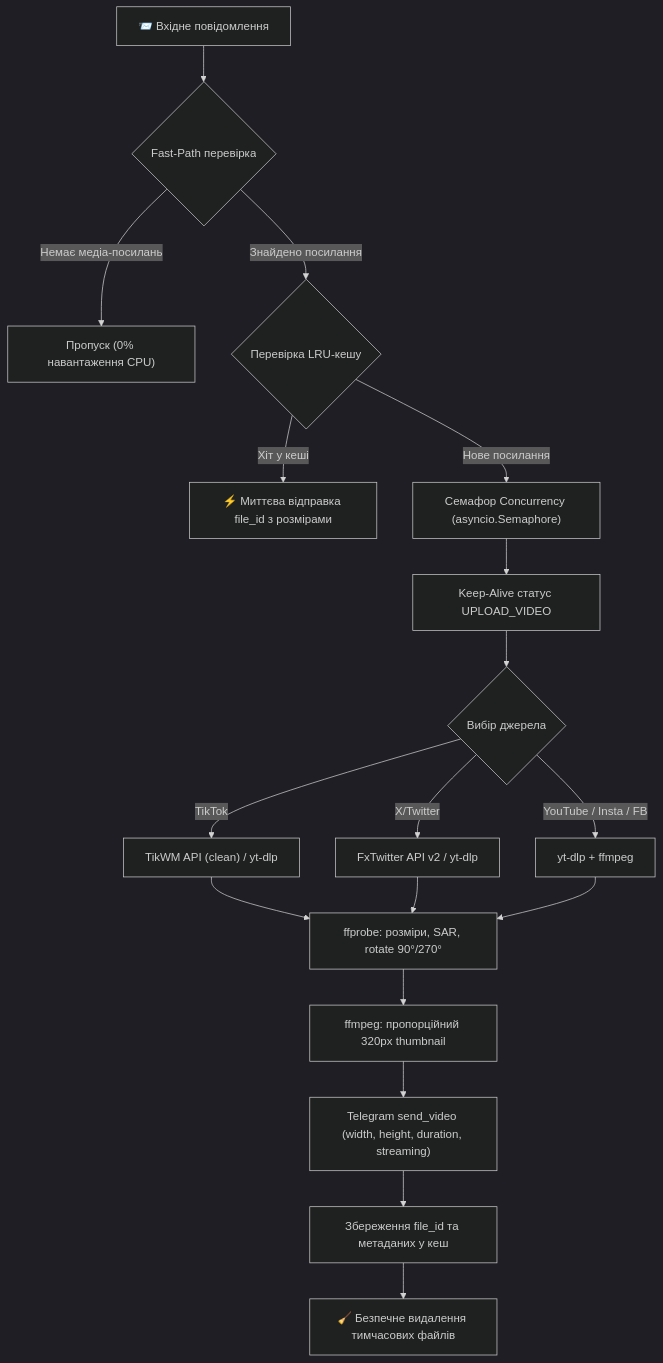
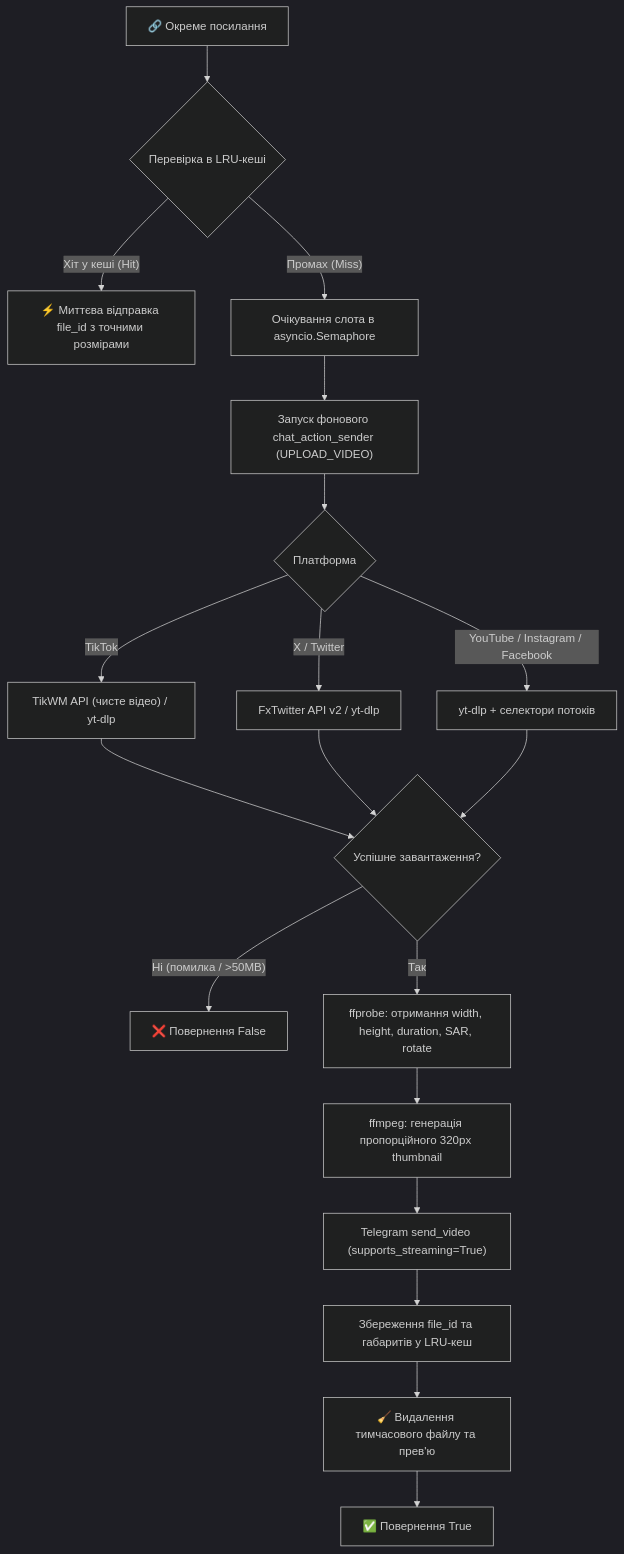
Before and after one commit to vbazavliuk/Relay: the second of 8 diagrams in README.md, drawn with Mermaid (dark theme). The commit also changed other lines of this file and 5 other files, not shown here.

Commit message:
feat: add multi-link batch processing, clean chat mode, updated docker and bilingual docs

````diff
--- a/README.md
+++ b/README.md
@@ -66,18 +92,19 @@
 ```mermaid
 flowchart TD
-    A["📨 Вхідне повідомлення"] --> B{"Fast-Path перевірка"}
-    B -- "Немає медіа-посилань" --> C["Пропуск (0% навантаження CPU)"]
-    B -- "Знайдено посилання" --> D{"Перевірка LRU-кешу"}
-    D -- "Хіт у кеші" --> E["⚡ Миттєва відправка file_id з розмірами"]
-    D -- "Нове посилання" --> F["Семафор Concurrency (asyncio.Semaphore)"]
-    F --> G["Keep-Alive статус UPLOAD_VIDEO"]
-    G --> H{"Вибір джерела"}
-    H -- TikTok --> I["TikWM API (clean) / yt-dlp"]
-    H -- X/Twitter --> J["FxTwitter API v2 / yt-dlp"]
-    H -- YouTube / Insta / FB --> K["yt-dlp + ffmpeg"]
-    I & J & K --> L["ffprobe: розміри, SAR, rotate 90°/270°"]
-    L --> M["ffmpeg: пропорційний 320px thumbnail"]
-    M --> N["Telegram send_video (width, height, duration, streaming)"]
-    N --> O["Збереження file_id та метаданих у кеш"]
-    O --> P["🧹 Безпечне видалення тимчасових файлів"]
+    A["🔗 Окреме посилання"] --> B{"Перевірка в LRU-кеші"}
+    B -- "Хіт у кеші (Hit)" --> C["⚡ Миттєва відправка file_id з точними розмірами"]
+    B -- "Промах (Miss)" --> D["Очікування слота в asyncio.Semaphore"]
+    D --> E["Запуск фонового chat_action_sender (UPLOAD_VIDEO)"]
+    E --> F{"Платформа"}
+    F -- "TikTok" --> G["TikWM API (чисте відео) / yt-dlp"]
+    F -- "X / Twitter" --> H["FxTwitter API v2 / yt-dlp"]
+    F -- "YouTube / Instagram / Facebook" --> I["yt-dlp + селектори потоків"]
+    G & H & I --> J{"Успішне завантаження?"}
+    J -- "Ні (помилка / >50MB)" --> K["❌ Повернення False"]
+    J -- "Так" --> L["ffprobe: отримання width, height, duration, SAR, rotate"]
+    L --> M["ffmpeg: генерація пропорційного 320px thumbnail"]
+    M --> N["Telegram send_video (supports_streaming=True)"]
+    N --> O["Збереження file_id та габаритів у LRU-кеш"]
+    O --> P["🧹 Видалення тимчасового файлу та прев'ю"]
+    P --> Q["✅ Повернення True"]
 ```
````
